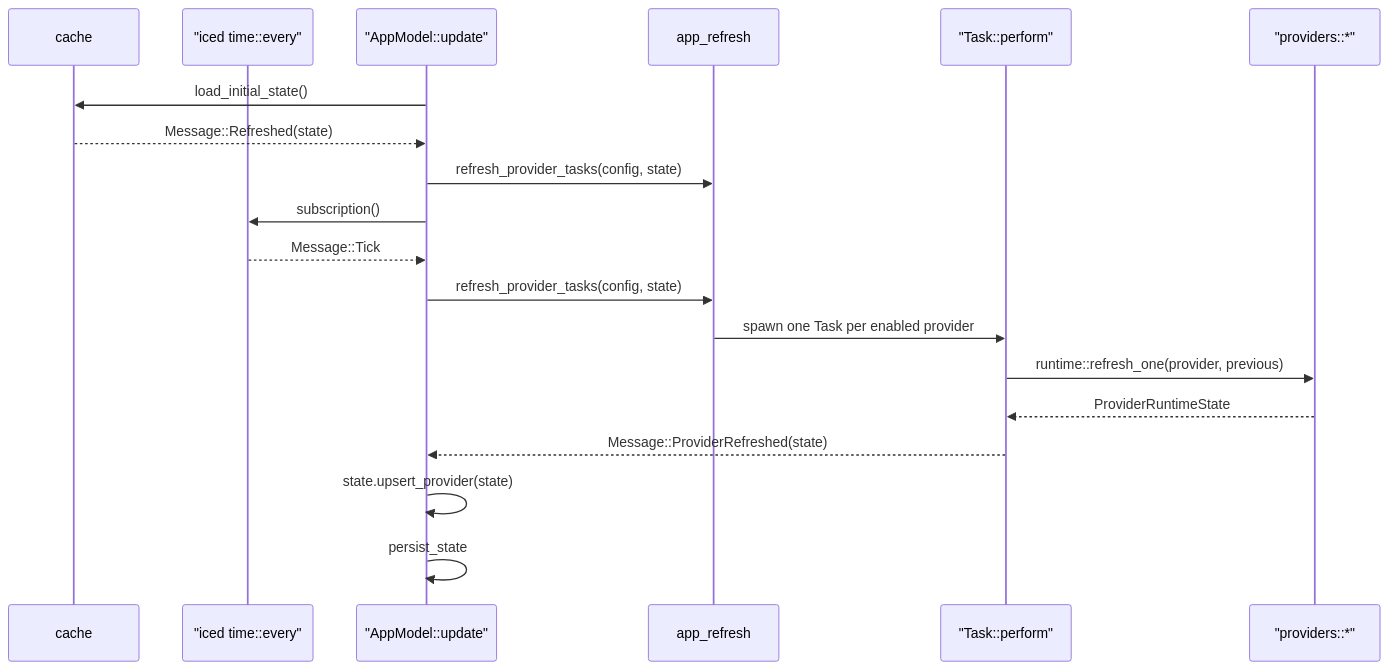
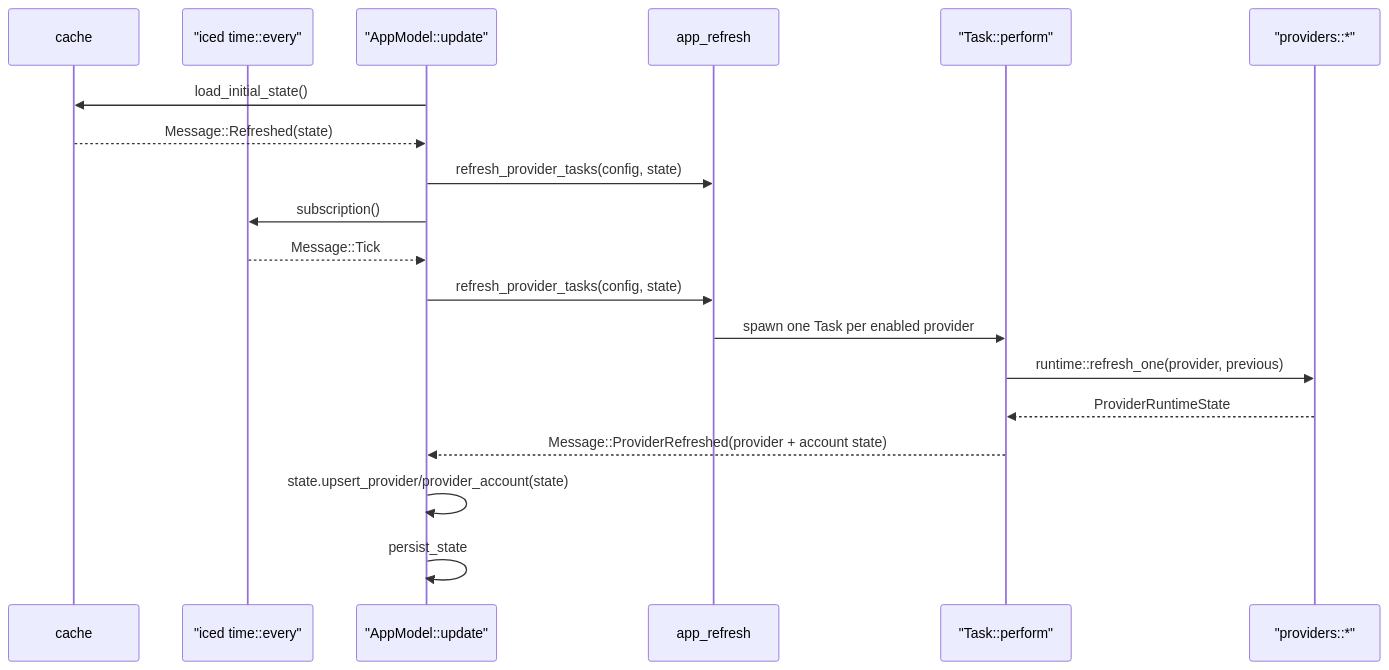
Before and after one commit to TopiCsarno/yapcap: the second of 2 diagrams in docs/spec.md, drawn with Mermaid. The commit also changed other lines of this file and 6 other files, not shown here.

````diff
--- a/docs/spec.md
+++ b/docs/spec.md
@@ -114,21 +114,21 @@
 ```mermaid
 sequenceDiagram
     participant Cache as cache
     participant Timer as "iced time::every"
     participant App as "AppModel::update"
     participant Refresh as app_refresh
     participant Task as "Task::perform"
     participant Provider as "providers::*"
     App->>Cache: load_initial_state()
     Cache-->>App: Message::Refreshed(state)
     App->>Refresh: refresh_provider_tasks(config, state)
     App->>Timer: subscription()
     Timer-->>App: Message::Tick
     App->>Refresh: refresh_provider_tasks(config, state)
     Refresh->>Task: spawn one Task per enabled provider
     Task->>Provider: runtime::refresh_one(provider, previous)
     Provider-->>Task: ProviderRuntimeState
-    Task-->>App: Message::ProviderRefreshed(state)
-    App->>App: state.upsert_provider(state)
+    Task-->>App: Message::ProviderRefreshed(provider + account state)
+    App->>App: state.upsert_provider/provider_account(state)
     App->>App: persist_state
 ```
````
